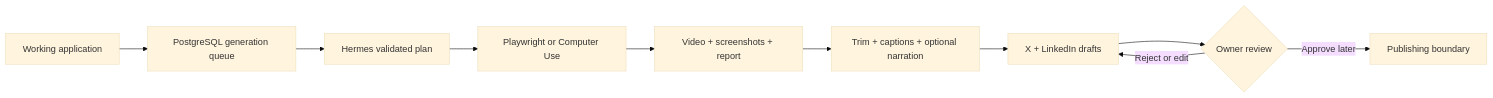
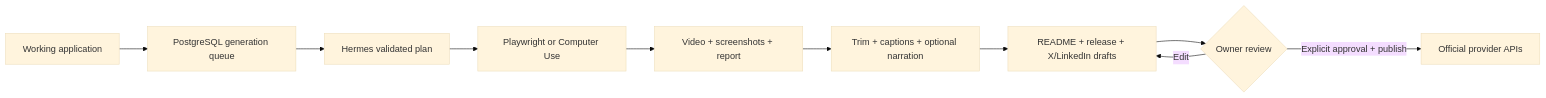
Before and after one commit to gustavomartins-dev/ai-demo-agent: the diagram in README.md, drawn with Mermaid (base theme). The commit also changed other lines of this file and 54 other files, not shown here.

````diff
--- a/README.md
+++ b/README.md
@@ -37,12 +39,12 @@
 ```mermaid
 flowchart LR
     Project["Working application"] --> Queue["PostgreSQL generation queue"]
     Queue --> Plan["Hermes validated plan"]
     Plan --> Operate["Playwright or Computer Use"]
     Operate --> Evidence["Video + screenshots + report"]
     Evidence --> Present["Trim + captions + optional narration"]
-    Present --> Drafts["X + LinkedIn drafts"]
-    Drafts --> Review{"Owner review"}
-    Review -->|Approve later| Publish["Publishing boundary"]
-    Review -->|Reject or edit| Drafts
+    Present --> Package["README + release + X/LinkedIn drafts"]
+    Package --> Review{"Owner review"}
+    Review -->|Explicit approval + publish| Publish["Official provider APIs"]
+    Review -->|Edit| Package
 ```
````
